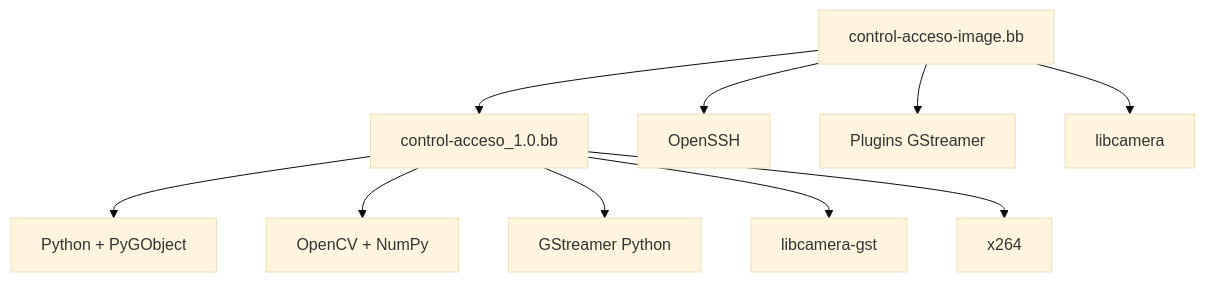
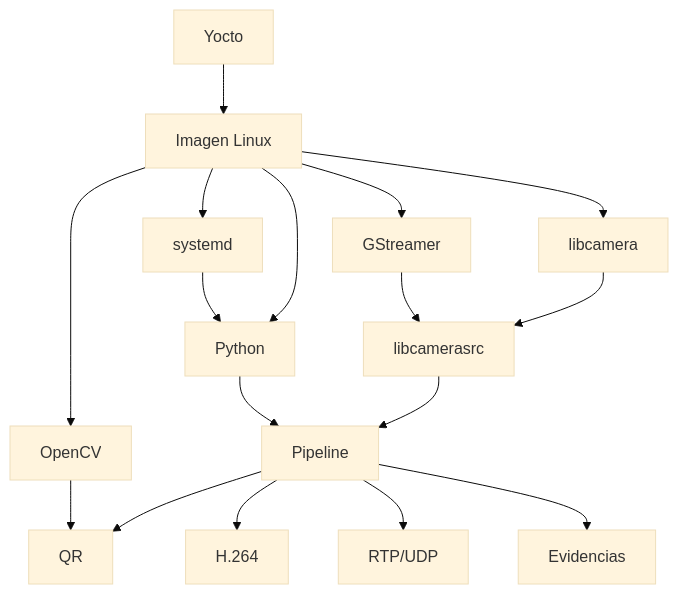
The seventh of 7 diagrams in docs/10_fundamentos_yocto_gstreamer.md (VeroC25/Project_1_Embebidos), drawn with Mermaid (base theme) before and after one commit. The commit also changed other lines of this file, not shown here.

````diff
--- a/docs/10_fundamentos_yocto_gstreamer.md
+++ b/docs/10_fundamentos_yocto_gstreamer.md
@@ -306,12 +1296,22 @@
 ```mermaid
 flowchart TD
-    APP["control-acceso_1.0.bb"] --> PY["Python + PyGObject"]
-    APP --> CV["OpenCV + NumPy"]
-    APP --> GST["GStreamer Python"]
-    APP --> LC["libcamera-gst"]
-    APP --> X264["x264"]
-    IMG["control-acceso-image.bb"] --> APP
-    IMG --> SSH["OpenSSH"]
-    IMG --> GST2["Plugins GStreamer"]
-    IMG --> CAM["libcamera"]
+    YOCTO["Yocto"] --> IMAGE["Imagen Linux"]
+    IMAGE --> LIBCAM["libcamera"]
+    IMAGE --> GST["GStreamer"]
+    IMAGE --> CV["OpenCV"]
+    IMAGE --> PY["Python"]
+    IMAGE --> SD["systemd"]
+
+    LIBCAM --> SRC["libcamerasrc"]
+    GST --> SRC
+    SRC --> PIPE["Pipeline"]
+
+    PIPE --> QR["QR"]
+    PIPE --> H264["H.264"]
+    PIPE --> RTP["RTP/UDP"]
+    PIPE --> MP4["Evidencias"]
+
+    PY --> PIPE
+    CV --> QR
+    SD --> PY
 ```
````
